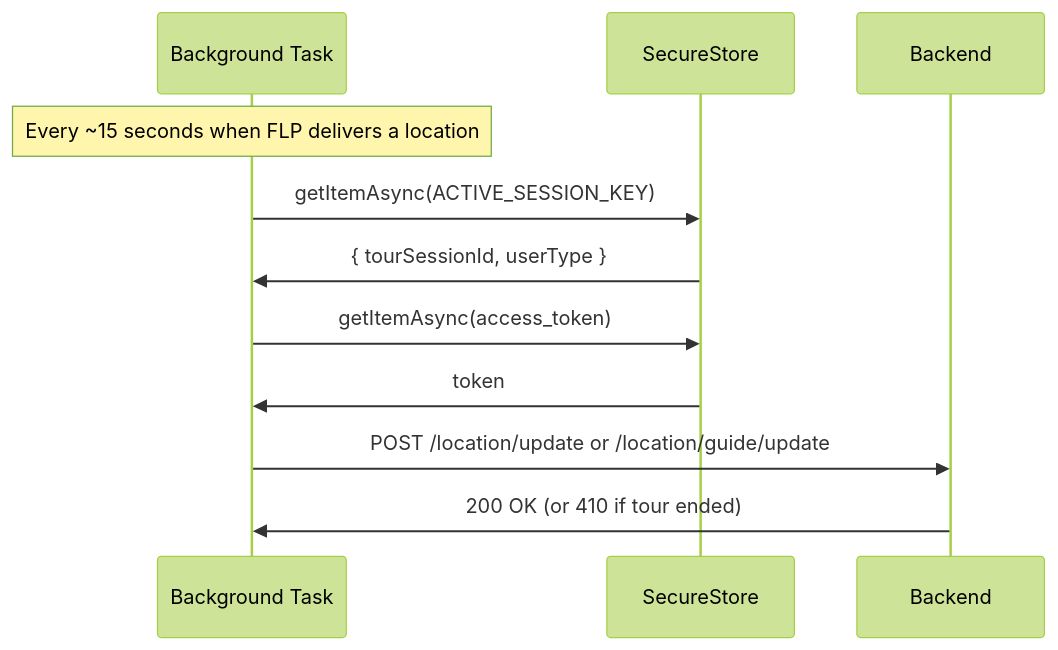
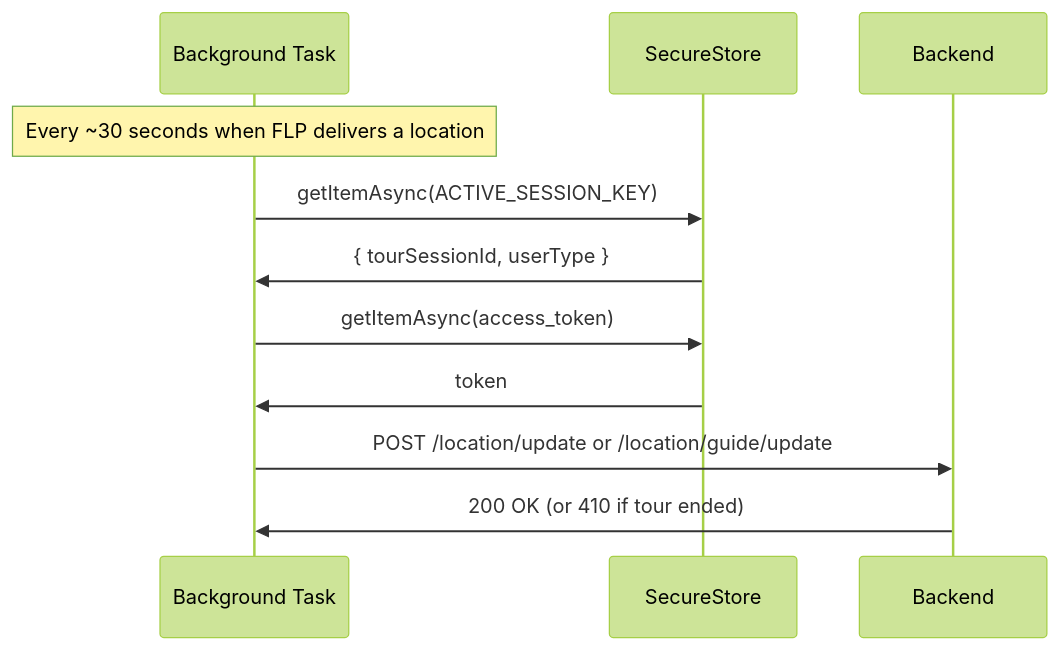
The third of 5 diagrams in 9d_feature_location_tracking.md (wariya-placehub/triptoe-docs), drawn with Mermaid (forest theme) before and after one commit. The commit also changed other lines of this file and 22 other files, not shown here.

````diff
--- a/9d_feature_location_tracking.md
+++ b/9d_feature_location_tracking.md
@@ -198,14 +198,14 @@
 ```mermaid
 sequenceDiagram
     participant Task as Background Task
     participant Store as SecureStore
     participant API as Backend
 
-    Note over Task: Every ~15 seconds when FLP delivers a location
+    Note over Task: Every ~30 seconds when FLP delivers a location
     Task->>Store: getItemAsync(ACTIVE_SESSION_KEY)
     Store->>Task: { tourSessionId, userType }
     Task->>Store: getItemAsync(access_token)
     Store->>Task: token
     Task->>API: POST /location/update or /location/guide/update
     API->>Task: 200 OK (or 410 if tour ended)
 ```
````
